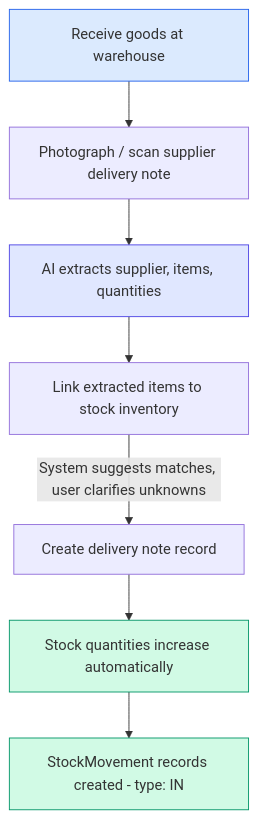
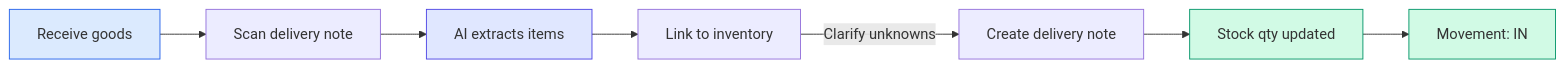
The second of 12 diagrams in annix-backend/docs/stock-control/SYSTEM-OVERVIEW.md (AnnixInvestments/annix), drawn with Mermaid before and after one commit. The commit also changed other lines of this file, not shown here.

First line of the commit message:
style(stock-control): switch workflow diagrams to horizontal layout

````diff
--- a/annix-backend/docs/stock-control/SYSTEM-OVERVIEW.md
+++ b/annix-backend/docs/stock-control/SYSTEM-OVERVIEW.md
@@ -58,14 +58,14 @@
 ```mermaid
-flowchart TD
-    A[Receive goods at warehouse] --> B[Photograph / scan supplier delivery note]
-    B --> C[AI extracts supplier, items, quantities]
-    C --> D[Link extracted items to stock inventory]
-    D -->|System suggests matches, user clarifies unknowns| E[Create delivery note record]
-    E --> F[Stock quantities increase automatically]
-    F --> G[StockMovement records created - type: IN]
+flowchart LR
+    A[Receive goods] --> B[Scan delivery note]
+    B --> C[AI extracts items]
+    C --> D[Link to inventory]
+    D -->|Clarify unknowns| E[Create delivery note]
+    E --> F[Stock qty updated]
+    F --> G[Movement: IN]
 
     style A fill:#dbeafe,stroke:#2563eb
     style C fill:#e0e7ff,stroke:#4f46e5
     style F fill:#d1fae5,stroke:#059669
     style G fill:#d1fae5,stroke:#059669
 ```
````
